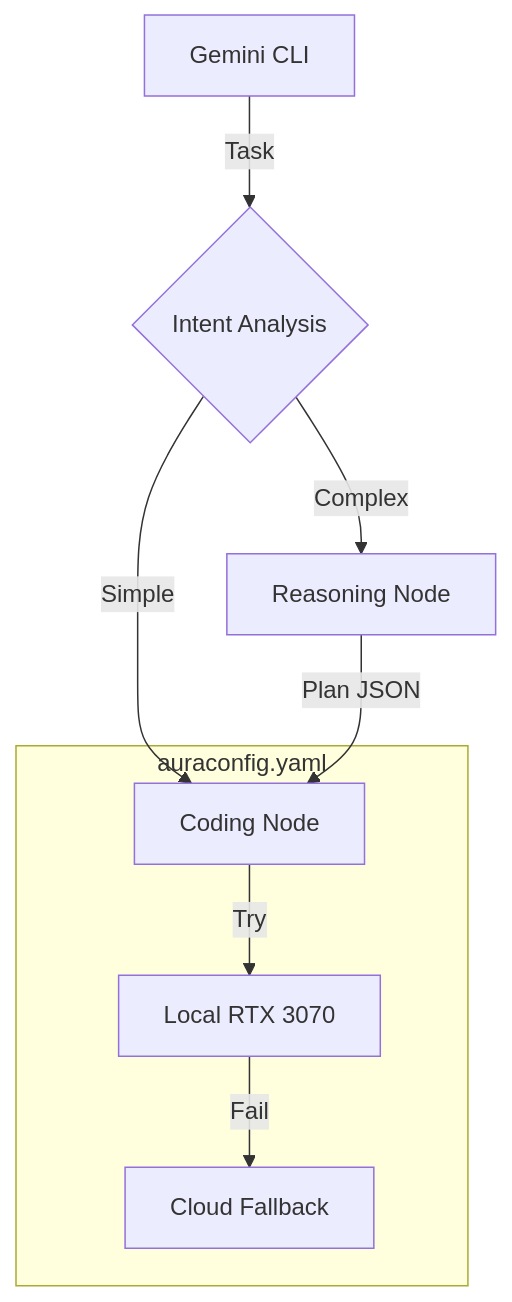
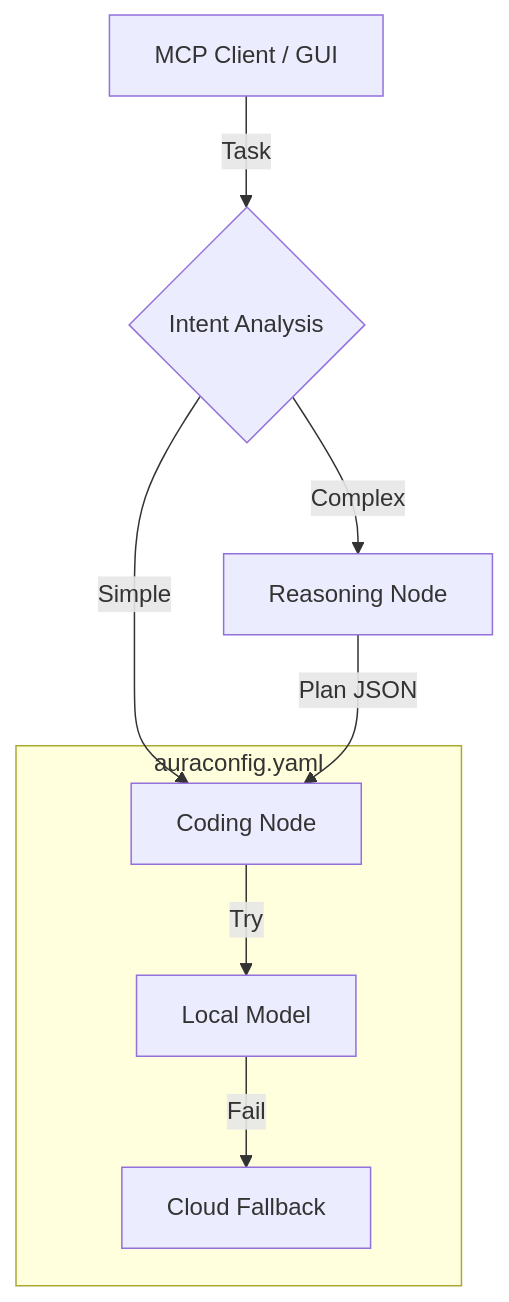
One commit to AuraCoreDynamics/aurarouter changed the diagram in README.md. Above: the diagram before and after it, drawn with Mermaid. The commit also changed other lines of this file and 18 other files, not shown here.

````diff
--- a/README.md
+++ b/README.md
@@ -38,13 +17,12 @@
 ```mermaid
 graph TD
-    User[Gemini CLI] -->|Task| Router{Intent Analysis}
+    User[MCP Client / GUI] -->|Task| Router{Intent Analysis}
     Router -->|Simple| Worker[Coding Node]
     Router -->|Complex| Architect[Reasoning Node]
     Architect -->|Plan JSON| Worker
-    
+
     subgraph Compute Fabric [auraconfig.yaml]
-        Worker -->|Try| Node1[Local RTX 3070]
+        Worker -->|Try| Node1[Local Model]
         Node1 -->|Fail| Node2[Cloud Fallback]
     end
-
 ```
````
